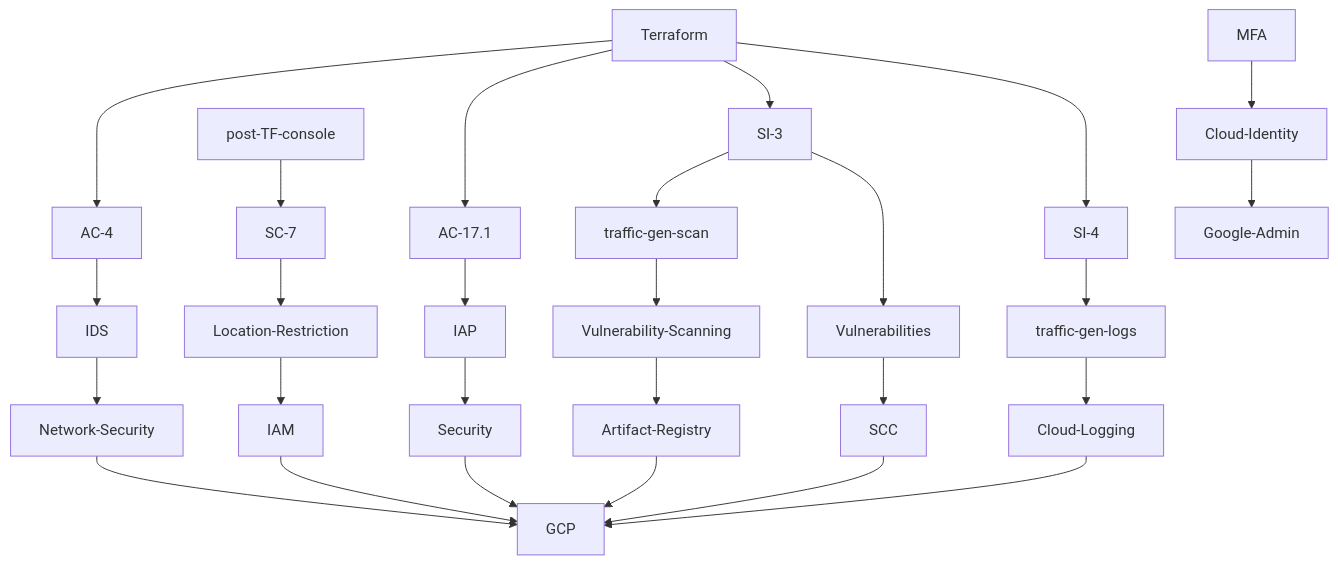
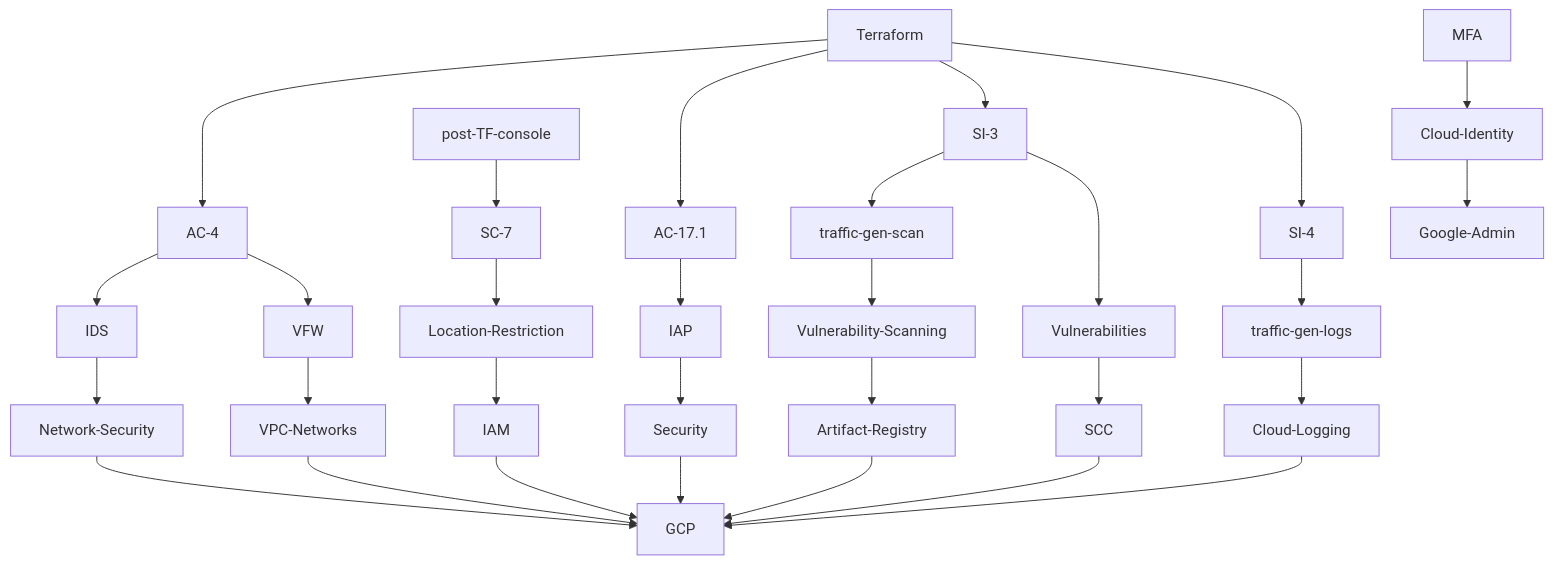
One commit to GoogleCloudPlatform/pbmm-on-gcp-onboarding changed the first of 2 diagrams in docs/google-cloud-security-controls.md. Above: the diagram before and after it, drawn with Mermaid.

Commit message:
#2 - AC-4 vfw

````diff
--- a/docs/google-cloud-security-controls.md
+++ b/docs/google-cloud-security-controls.md
@@ -5,37 +5,40 @@
 ```mermaid
 graph TD;
     
     Terraform-->AC-4;
     Terraform-->AC-17.1;
     Terraform-->SI-3;
     Terraform-->SI-4;
     
     AC-4-->IDS;
+    AC-4-->VFW;
     AC-17.1-->IAP;
     SI-3-->traffic-gen-scan;
     traffic-gen-scan-->Vulnerability-Scanning;
     IAP-->Security;
     Vulnerability-Scanning-->Artifact-Registry;
     
     SC-7-->Location-Restriction;
     SI-3-->Vulnerabilities;
     Vulnerabilities-->SCC;
     SI-4-->traffic-gen-logs;
     traffic-gen-logs-->Cloud-Logging;
     post-TF-console-->SC-7;
     
     Artifact-Registry-->GCP;
     IDS-->Network-Security;
     Cloud-Logging-->GCP;
     IAM-->GCP;
     Location-Restriction-->IAM;
     Network-Security-->GCP;
     SCC-->GCP;
     Security-->GCP;
     MFA-->Cloud-Identity;
     Cloud-Identity-->Google-Admin;
+    VFW-->VPC-Networks;
+    VPC-Networks-->GCP;
     
 
     
     
 ```
````
